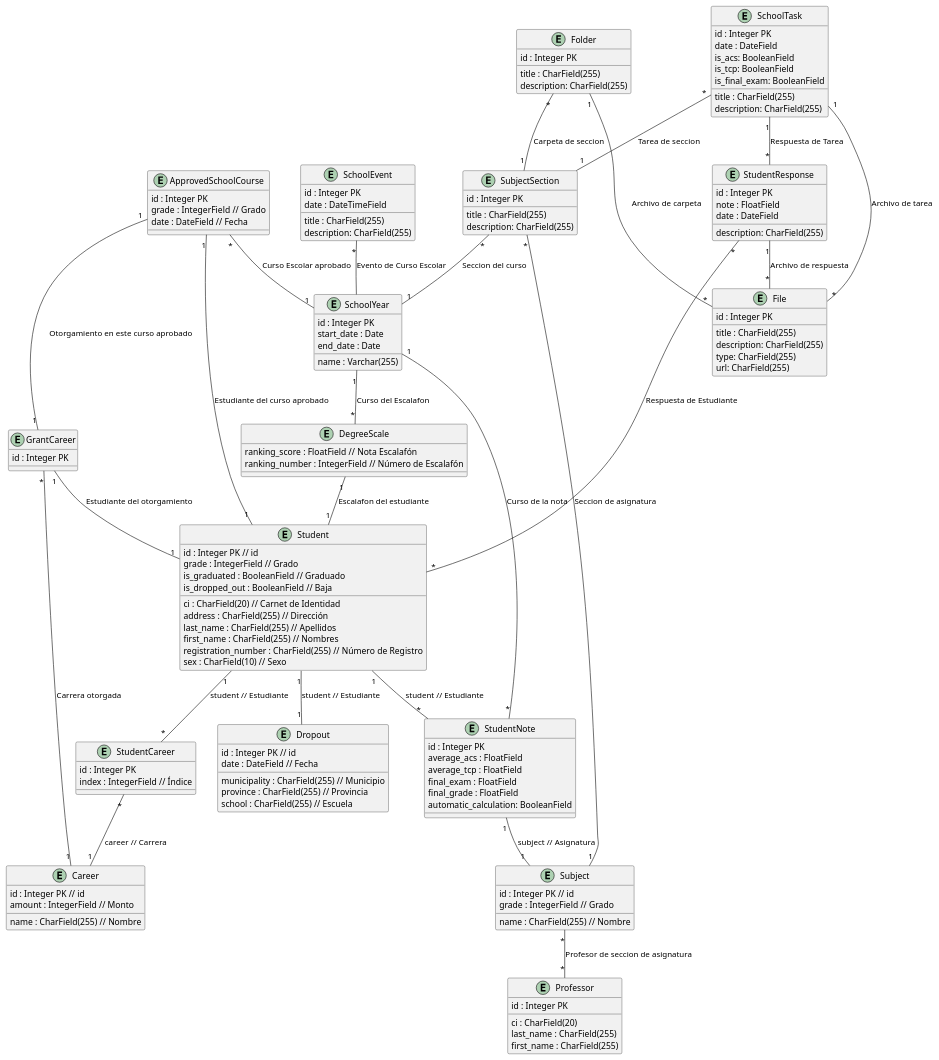
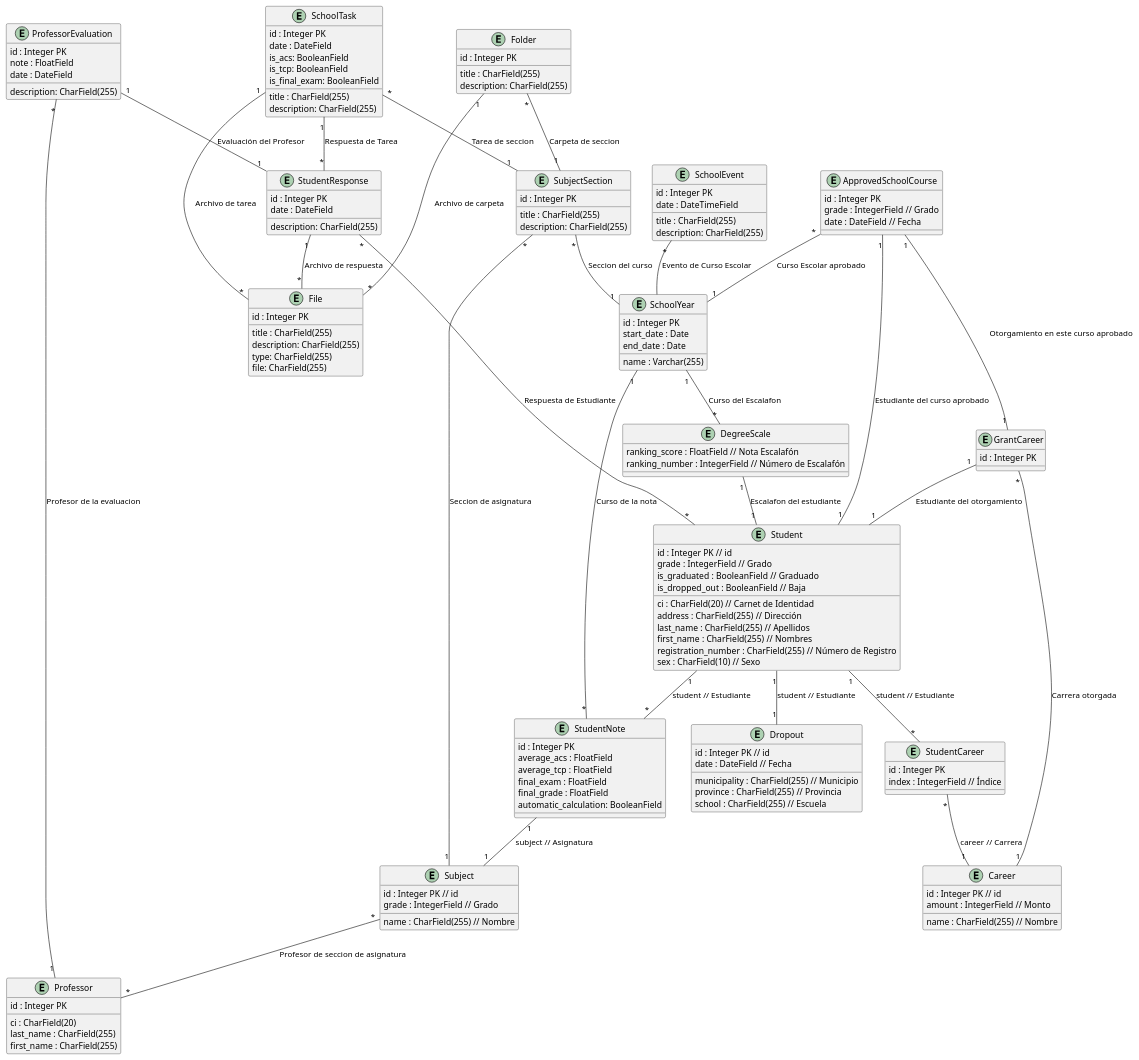
One commit to critBus/notas_estudiantes_back_drf changed the diagram in docs/diagrams/src/architecture_overview.wsd. Above: the diagram before and after it, drawn with PlantUML. The commit also changed 2 other files, not shown here.

```diff
--- a/docs/diagrams/src/architecture_overview.wsd
+++ b/docs/diagrams/src/architecture_overview.wsd
@@ -1,161 +1,170 @@
 @startuml
 
 entity Student {
     id : Integer PK // id
     ci : CharField(20) // Carnet de Identidad
     address : CharField(255) // Dirección
     grade : IntegerField // Grado
     last_name : CharField(255) // Apellidos
     first_name : CharField(255) // Nombres
     registration_number : CharField(255) // Número de Registro
     sex : CharField(10) // Sexo
     is_graduated : BooleanField // Graduado
     is_dropped_out : BooleanField // Baja
 }
 
 entity Dropout {
     id : Integer PK // id
     date : DateField // Fecha
     municipality : CharField(255) // Municipio
     province : CharField(255) // Provincia
     school : CharField(255) // Escuela
 }
 
 entity Career {
     id : Integer PK // id
     amount : IntegerField // Monto
     name : CharField(255) // Nombre
 }
 
 
 entity Subject {
     id : Integer PK // id
     grade : IntegerField // Grado
     name : CharField(255) // Nombre
 }
 
 entity SchoolYear {
     id : Integer PK
     start_date : Date
     end_date : Date
     name : Varchar(255)
 }
 
 entity StudentNote {
     id : Integer PK
     average_acs : FloatField
     average_tcp : FloatField
     final_exam : FloatField
     final_grade : FloatField
     automatic_calculation: BooleanField
 }
 
 
 
 entity StudentCareer {
     id : Integer PK
     index : IntegerField // Índice
 }
 
 entity DegreeScale {
     ranking_score : FloatField // Nota Escalafón
     ranking_number : IntegerField // Número de Escalafón
 }
 entity GrantCareer{
     id : Integer PK
 }
 
 entity ApprovedSchoolCourse{
     id : Integer PK
     grade : IntegerField // Grado
     date : DateField // Fecha
 }
 
 entity SubjectSection{
     id : Integer PK
     title : CharField(255)
     description: CharField(255)
 }
 entity Folder{
     id : Integer PK
     title : CharField(255)
     description: CharField(255)
 }
 entity File{
     id : Integer PK
     title : CharField(255)
     description: CharField(255)
     type: CharField(255)
-    url: CharField(255)
+    file: CharField(255)
 }
 entity Professor {
     id : Integer PK
     ci : CharField(20)
     last_name : CharField(255)
     first_name : CharField(255)
 }
 
 entity SchoolTask{
     id : Integer PK
     date : DateField
     title : CharField(255)
     description: CharField(255)
     is_acs: BooleanField
     is_tcp: BooleanField
     is_final_exam: BooleanField
 
 }
 entity StudentResponse{
     id : Integer PK
+    date : DateField
+    description: CharField(255)
+}
+
+entity ProfessorEvaluation{
+    id : Integer PK
     note : FloatField
     date : DateField
     description: CharField(255)
 }
 
 entity SchoolEvent {
     id : Integer PK
     date : DateTimeField
     title : CharField(255)
     description: CharField(255)
 }
+
+ProfessorEvaluation "1" -- "1" StudentResponse : Evaluación del Profesor  
+ProfessorEvaluation "*" -- "1" Professor : Profesor de la evaluacion
 
 SchoolEvent "*" -- SchoolYear : Evento de Curso Escolar
 
 SubjectSection "*" -- "1" SchoolYear : Seccion del curso
 SubjectSection "*" -- "1" Subject : Seccion de asignatura
 SchoolTask "*" -- "1" SubjectSection : Tarea de seccion
 
 Folder "*" -- "1" SubjectSection : Carpeta de seccion
 Folder "1" -- "*" File : Archivo de carpeta
 
 SchoolTask "1" -- "*" File : Archivo de tarea
 SchoolTask "1" -- "*" StudentResponse : Respuesta de Tarea
 
 StudentResponse "1" -- "*" File : Archivo de respuesta
 StudentResponse "*" -- "*" Student : Respuesta de Estudiante
 
 Subject "*" -- "*" Professor : Profesor de seccion de asignatura
 
 ApprovedSchoolCourse "1" -- "1" Student : Estudiante del curso aprobado
 ApprovedSchoolCourse "*" -- "1" SchoolYear : Curso Escolar aprobado
 ApprovedSchoolCourse "1" -- "1" GrantCareer : Otorgamiento en este curso aprobado
 
 GrantCareer "1" -- "1" Student : Estudiante del otorgamiento
 GrantCareer "*" -- "1" Career : Carrera otorgada
 
 
 SchoolYear "1" -- "*" DegreeScale :  Curso del Escalafon
 SchoolYear "1" -- "*" StudentNote : Curso de la nota
 
 DegreeScale "1" -- "1" Student : Escalafon del estudiante
 
 Student "1" -- "1" Dropout : student // Estudiante
 Student "1" -- "*" StudentNote : student // Estudiante
 Student "1" -- "*" StudentCareer : student // Estudiante
 
 
 
 StudentNote "1" -- "1" Subject : subject // Asignatura
 StudentCareer "*" -- "1" Career : career // Carrera
 
 @enduml
```
